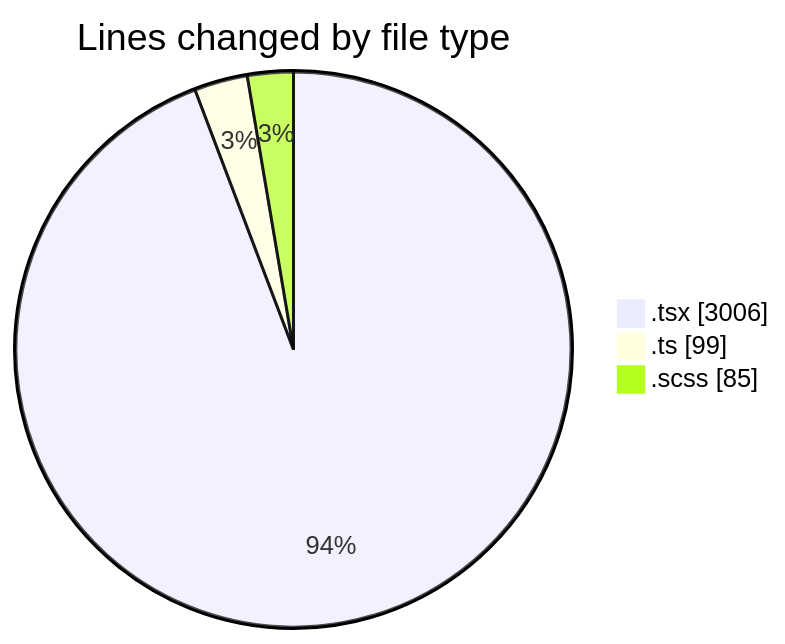
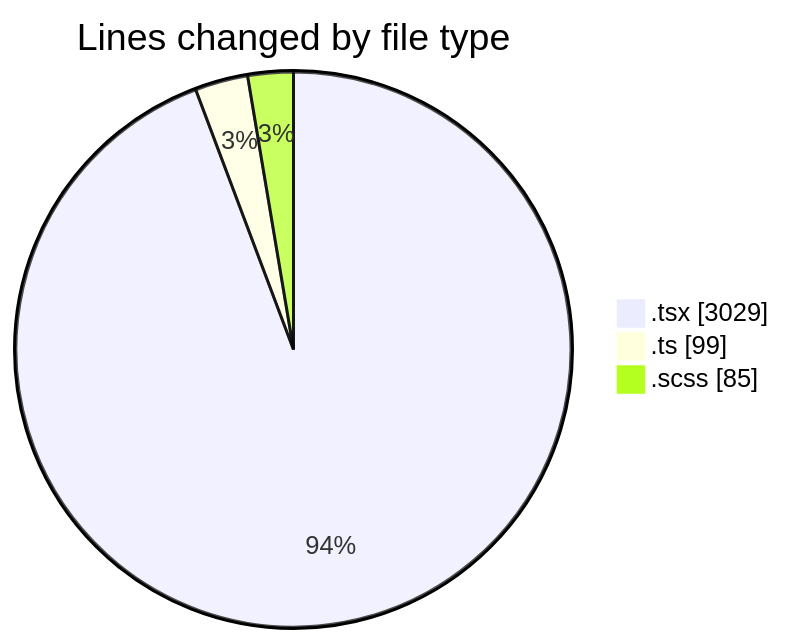
The first of 2 diagrams in 2025-02-11/cda/README.md (momahboobian/code-tracking), drawn with Mermaid before and after one commit. The commit also changed other lines of this file and 1 other file, not shown here.

````diff
--- a/2025-02-11/cda/README.md
+++ b/2025-02-11/cda/README.md
@@ -24,7 +24,7 @@
 ```mermaid
 pie showData
 title Lines changed by file type
-".tsx" : 3006
+".tsx" : 3029
 ".ts" : 99
 ".scss" : 85
 ```
````
